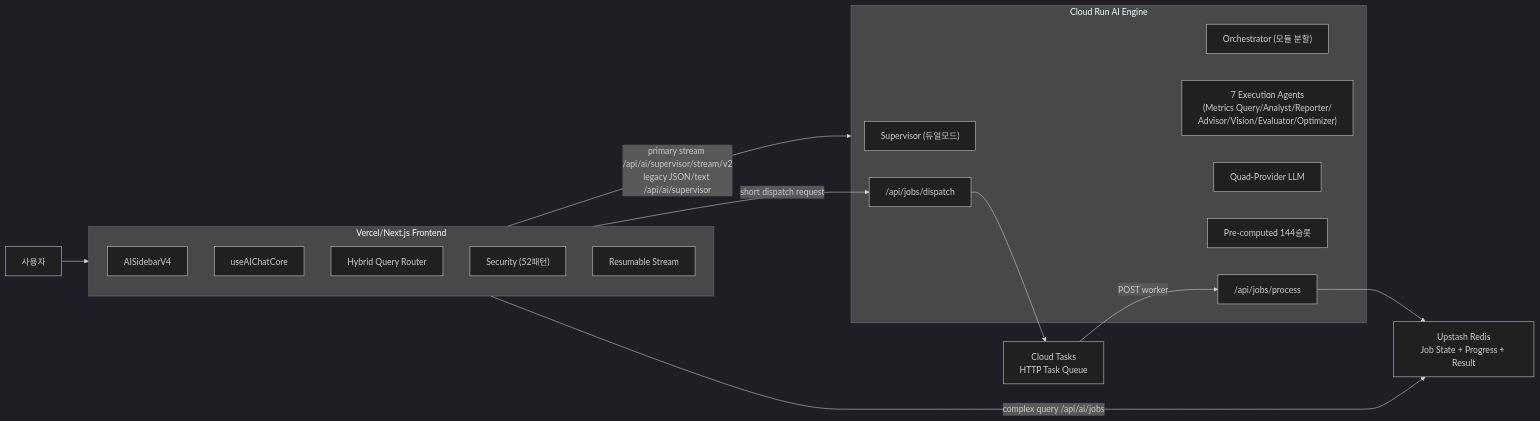
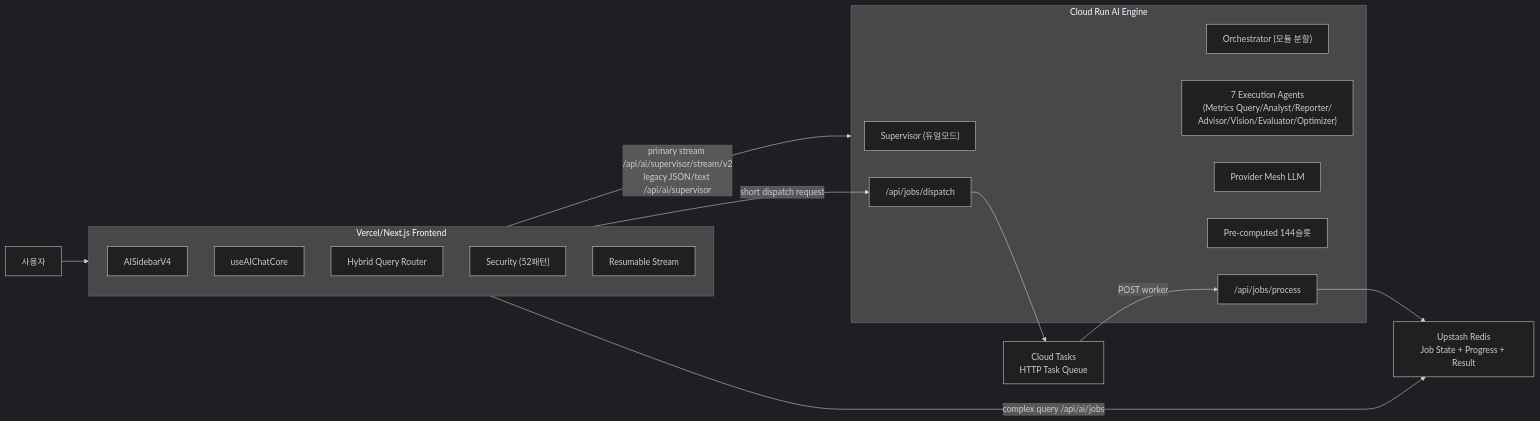
One commit to skyasu2/openmanager-ai changed the diagram in docs/reference/architecture/ai/frontend-backend-comparison.md. Above: the diagram before and after it, drawn with Mermaid (dark theme). The commit also changed other lines of this file and 20 other files, not shown here.

````diff
--- a/docs/reference/architecture/ai/frontend-backend-comparison.md
+++ b/docs/reference/architecture/ai/frontend-backend-comparison.md
@@ -23,32 +23,32 @@
 ```mermaid
 graph LR
     User["사용자"] --> Vercel
 
     subgraph Vercel["Vercel/Next.js Frontend"]
         UI["AISidebarV4"]
         Hook["useAIChatCore"]
         Router["Hybrid Query Router"]
         Security["Security (52패턴)"]
         Stream["Resumable Stream"]
     end
 
     subgraph CloudRun["Cloud Run AI Engine"]
         Supervisor["Supervisor (듀얼모드)"]
         Orchestrator["Orchestrator (모듈 분할)"]
         Agents["7 Execution Agents<br/>(Metrics Query/Analyst/Reporter/<br/>Advisor/Vision/Evaluator/Optimizer)"]
-        Provider["Quad-Provider LLM"]
+        Provider["Provider Mesh LLM"]
         PreComp["Pre-computed 144슬롯"]
         Dispatch["/api/jobs/dispatch"]
         Process["/api/jobs/process"]
     end
 
     Redis["Upstash Redis<br/>Job State + Progress + Result"]
     CloudTasks["Cloud Tasks<br/>HTTP Task Queue"]
 
     Vercel -->|"primary stream /api/ai/supervisor/stream/v2\nlegacy JSON/text /api/ai/supervisor"| CloudRun
     Vercel -->|"complex query /api/ai/jobs"| Redis
     Vercel -->|"short dispatch request"| Dispatch
     Dispatch --> CloudTasks
     CloudTasks -->|"POST worker"| Process
     Process --> Redis
 ```
````
